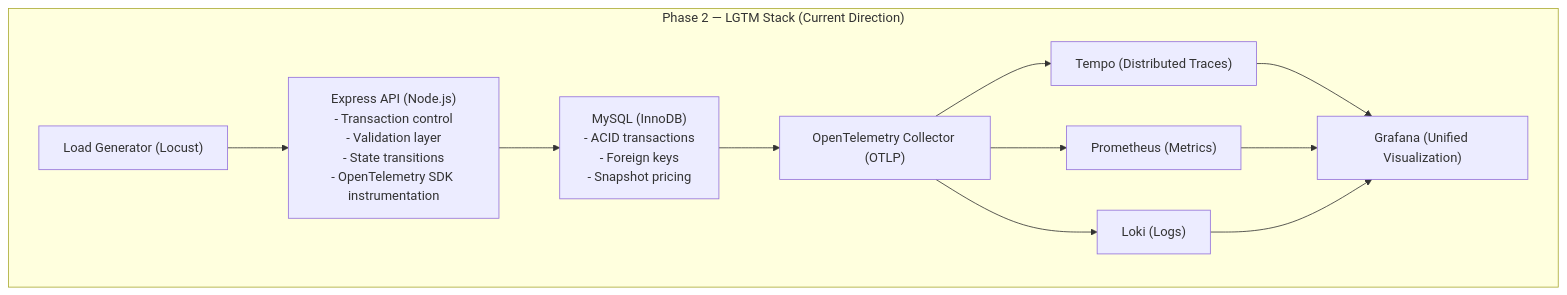
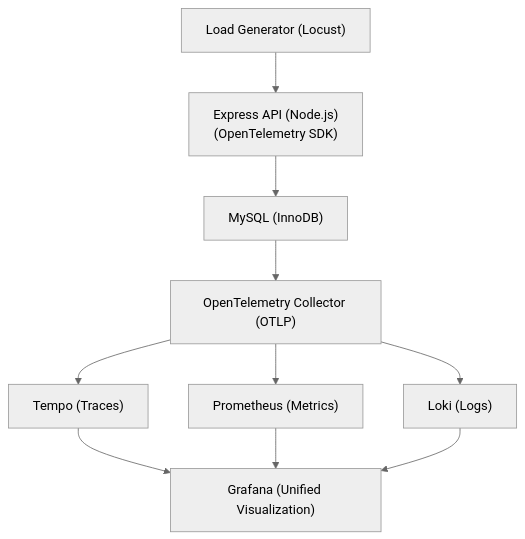
One commit to nelsiroh/mysql-api-project changed the second of 2 diagrams in README.md. Above: the diagram before and after it, drawn with Mermaid. The commit also changed other lines of this file, not shown here.

Commit message:
More mermaid diagram testing

````diff
--- a/README.md
+++ b/README.md
@@ -153,15 +157,25 @@
 ```mermaid
-%%{init: {'theme':'default','themeVariables':{'fontSize':'16px'}}}%%
+%%{init: {'theme':'neutral','themeVariables':{'fontSize':'16px'}}}%%
 flowchart TD
-subgraph P2["Phase 2 — LGTM Stack (Current Direction)"]
-  L2["Load Generator (Locust)"] --> A2["Express API (Node.js)<br/>- Transaction control<br/>- Validation layer<br/>- State transitions<br/>- OpenTelemetry SDK instrumentation"]
-  A2 --> D2["MySQL (InnoDB)<br/>- ACID transactions<br/>- Foreign keys<br/>- Snapshot pricing"]
-  D2 --> C2["OpenTelemetry Collector (OTLP)"]
-  C2 --> T2["Tempo (Distributed Traces)"]
-  C2 --> M2["Prometheus (Metrics)"]
-  C2 --> K2["Loki (Logs)"]
-  T2 --> F2["Grafana (Unified Visualization)"]
-  M2 --> F2
-  K2 --> F2
-end
+
+L["Load Generator (Locust)"]
+A["Express API (Node.js)<br/>(OpenTelemetry SDK)"]
+D["MySQL (InnoDB)"]
+C["OpenTelemetry Collector (OTLP)"]
+T["Tempo (Traces)"]
+M["Prometheus (Metrics)"]
+K["Loki (Logs)"]
+G["Grafana (Unified Visualization)"]
+
+L --> A
+A --> D
+D --> C
+
+C --> T
+C --> M
+C --> K
+
+T --> G
+M --> G
+K --> G
 ```
````
